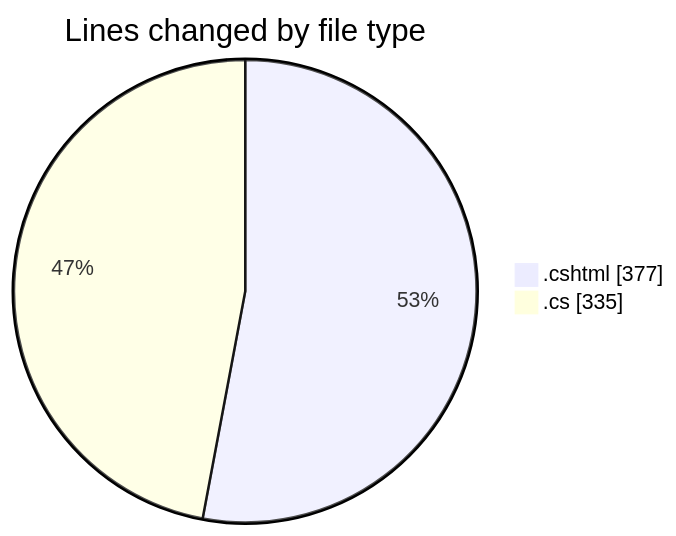
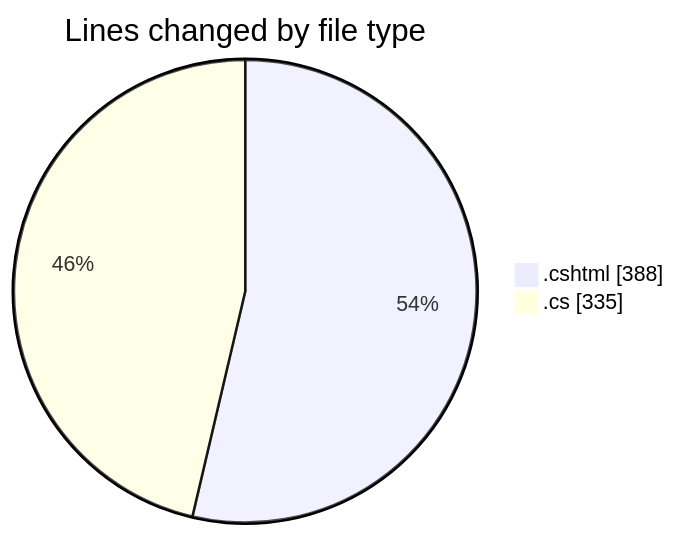
One commit to lephambinh05/code-tracking changed the first of 2 diagrams in 2025-07-17/nhahang/README.md. Above: the diagram before and after it, drawn with Mermaid. The commit also changed other lines of this file and 1 other file, not shown here.

````diff
--- a/2025-07-17/nhahang/README.md
+++ b/2025-07-17/nhahang/README.md
@@ -32,6 +32,6 @@
 ```mermaid
 pie showData
 title Lines changed by file type
-".cshtml" : 377
+".cshtml" : 388
 ".cs" : 335
 ```
````
